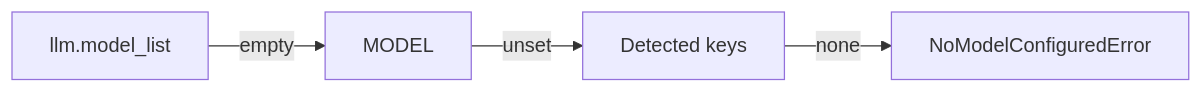
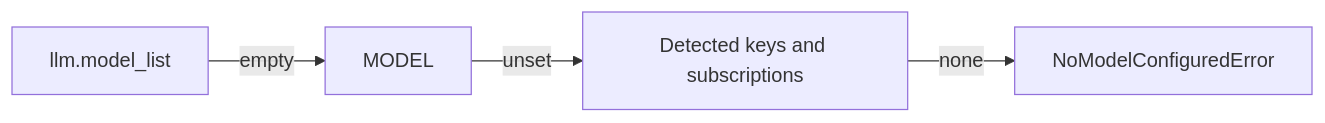
One commit to Ynewtime/markitai changed the diagram in website/guide/python-api.md. Above: the diagram before and after it, drawn with Mermaid. The commit also changed other lines of this file and 38 other files, not shown here.

````diff
--- a/website/guide/python-api.md
+++ b/website/guide/python-api.md
@@ -53,6 +55,6 @@
 ```mermaid
 flowchart LR
   L[llm.model_list] -->|empty| M[MODEL]
-  M -->|unset| D[Detected keys]
+  M -->|unset| D[Detected keys and subscriptions]
   D -->|none| E[NoModelConfiguredError]
 ```
````
